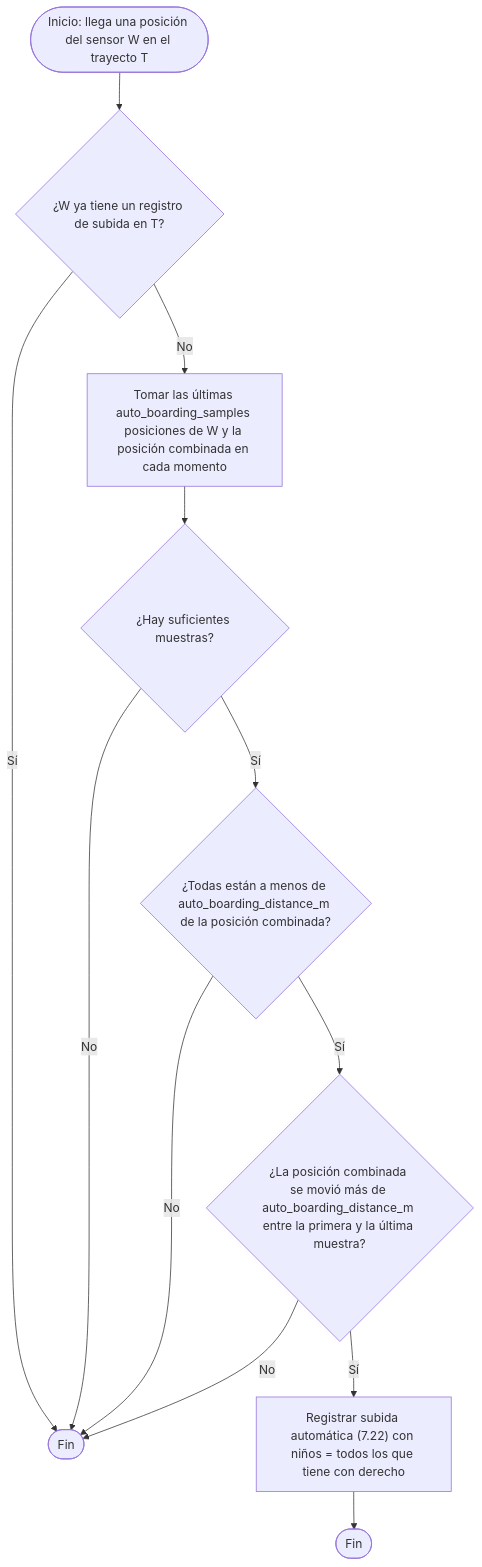
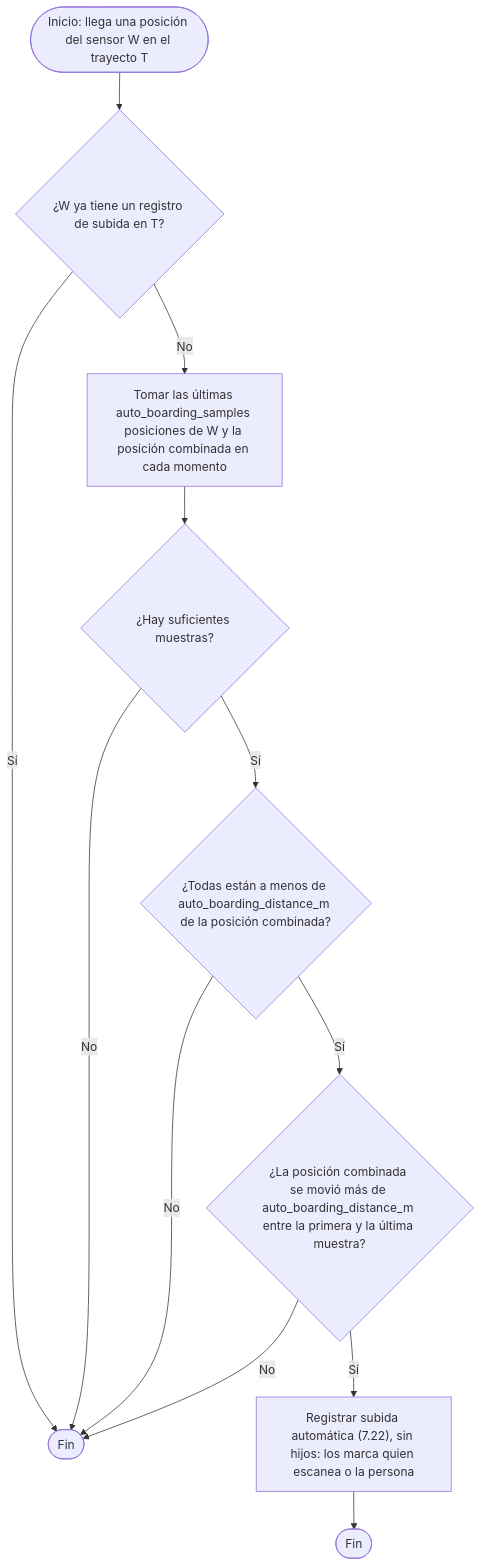
One commit to maicolalmaralestamayo/MiRuta changed diagram 22 of 37 in docs/07-algoritmos.md. Above: the diagram before and after it, drawn with Mermaid. The commit also changed other lines of this file and 37 other files, not shown here.

First line of the commit message:
API 3.0 (parte B): QR desechable y QR impreso, subida con hijos y viajeros de fuera, alta con QR, estadísticas y documentación

````diff
--- a/docs/07-algoritmos.md
+++ b/docs/07-algoritmos.md
@@ -635,14 +616,14 @@
 ```mermaid
 flowchart TD
     A(["Inicio: llega una posición del sensor W en el trayecto T"]) --> B{"¿W ya tiene un registro de subida en T?"}
     B -->|Sí| Z0(["Fin"])
     B -->|No| C["Tomar las últimas auto_boarding_samples posiciones de W y la posición combinada en cada momento"]
     C --> D{"¿Hay suficientes muestras?"}
     D -->|No| Z0
     D -->|Sí| E{"¿Todas están a menos de auto_boarding_distance_m de la posición combinada?"}
     E -->|No| Z0
     E -->|Sí| F{"¿La posición combinada se movió más de auto_boarding_distance_m entre la primera y la última muestra?"}
     F -->|No| Z0
-    F -->|Sí| G["Registrar subida automática (7.22) con niños = todos los que tiene con derecho"]
+    F -->|Sí| G["Registrar subida automática (7.22), sin hijos: los marca quien escanea o la persona"]
     G --> Z(["Fin"])
 ```
````
